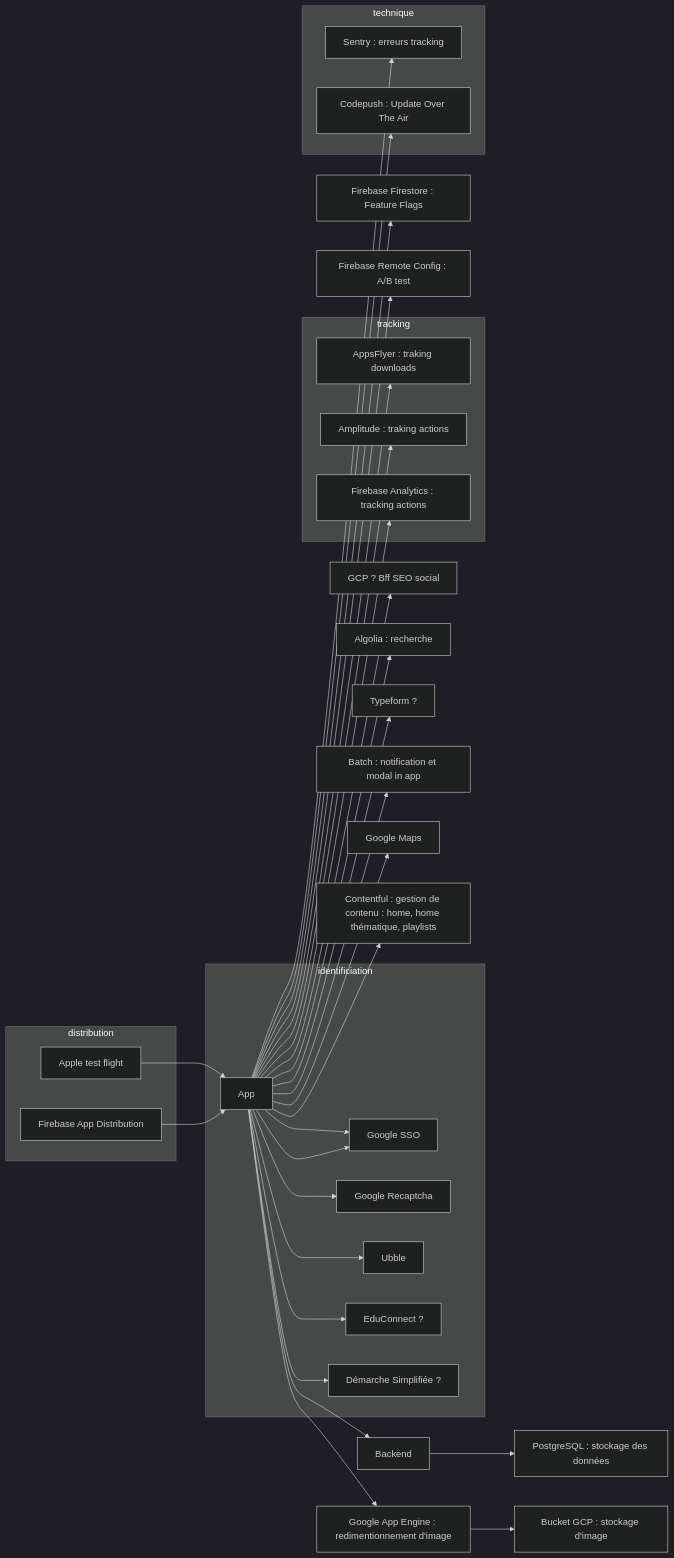
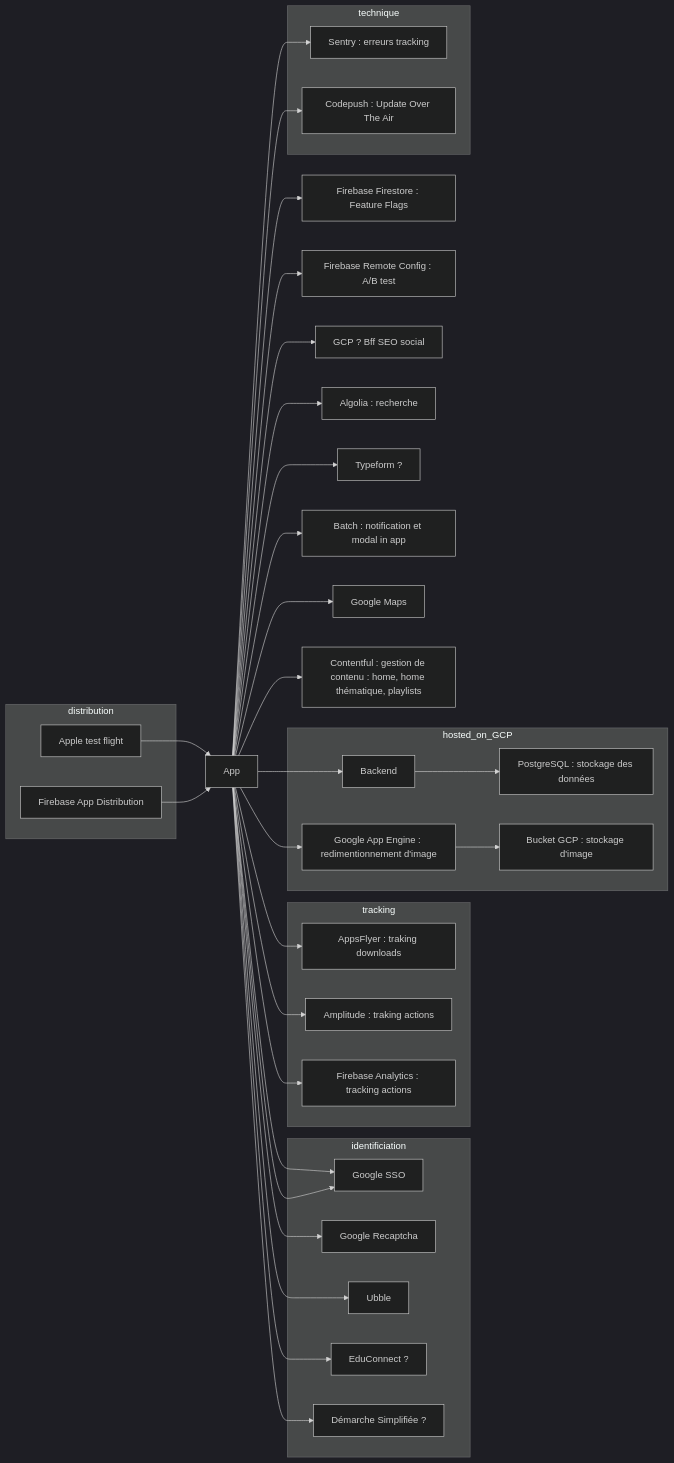
One commit to pass-culture/pass-culture-app-native changed the first of 2 diagrams in doc/architecture/input-output-externe.md. Above: the diagram before and after it, drawn with Mermaid (dark theme). The commit also changed other lines of this file, not shown here.

````diff
--- a/doc/architecture/input-output-externe.md
+++ b/doc/architecture/input-output-externe.md
@@ -5,35 +5,60 @@
 ```mermaid
 flowchart LR
   App["App"]
-  App --> Firebase_Firestore["Firebase Firestore : Feature Flags"]
-  App --> Firebase_Remote_Config["Firebase Remote Config : A/B test"]
-  App --> Backend["Backend"] --> Postgresql["PostgreSQL : stockage des données"]
-  App --> Google["Google Analytics : firebase traking"]
-  App --> image_resize["Google App Engine : redimentionnement d'image"] --> bucket_image["Bucket GCP : stockage d'image"]
-  App --> GCP["GCP ? Bff SEO social"]
-  App --> Algolia["Algolia : recherche"]
-  App --> Typeform["Typeform ?"]
-  App --> Batch["Batch : notification et modal in app"]
-  App --> Google_Maps["Google Maps"]
-  App --> Contentful["Contentful : gestion de contenu : home, home thématique, playlists"]
+  Firebase_Firestore["Firebase Firestore : Feature Flags"]
+  Firebase_Remote_Config["Firebase Remote Config : A/B test"]
+  Google["Google Analytics : firebase traking"]
+  GCP["GCP ? Bff SEO social"]
+  Algolia["Algolia : recherche"]
+  Typeform["Typeform ?"]
+  Batch["Batch : notification et modal in app"]
+  Google_Maps["Google Maps"]
+  Contentful["Contentful : gestion de contenu : home, home thématique, playlists"]
   subgraph identificiation
-    App --> Google_Recaptcha["Google Recaptcha"]
-    App --> Ubble["Ubble"]
-    App --> Google["Google SSO"]
-    App --> Educonnect["EduConnect ?"]
-    App --> DMS["Démarche Simplifiée ?"]
+    Google_Recaptcha["Google Recaptcha"]
+    Ubble["Ubble"]
+    Google["Google SSO"]
+    Educonnect["EduConnect ?"]
+    DMS["Démarche Simplifiée ?"]
   end
   subgraph tracking
-    App --> AppsFlyer["AppsFlyer : traking downloads"]
-    App --> Amplitude["Amplitude : traking actions"]
-    App --> Firebase_Analytics["Firebase Analytics : tracking actions"]
+    AppsFlyer["AppsFlyer : traking downloads"]
+    Amplitude["Amplitude : traking actions"]
+    Firebase_Analytics["Firebase Analytics : tracking actions"]
+  end
+  subgraph hosted_on_GCP
+    Backend["Backend"] --> Postgresql["PostgreSQL : stockage des données"]
+    image_resize["Google App Engine : redimentionnement d'image"] --> bucket_image["Bucket GCP : stockage d'image"]
   end
   subgraph technique
-    App --> Sentry["Sentry : erreurs tracking"]
-    App --> Codepush["Codepush : Update Over The Air"]
+    Sentry["Sentry : erreurs tracking"]
+    Codepush["Codepush : Update Over The Air"]
   end
   subgraph distribution
-    Apple["Apple test flight"] --> App
-    Firebase_App_Distribution["Firebase App Distribution"] --> App
+    Apple["Apple test flight"]
+    Firebase_App_Distribution["Firebase App Distribution"]
   end
+  Apple --> App
+  Firebase_App_Distribution --> App
+  App --> Firebase_Firestore
+  App --> Firebase_Remote_Config
+  App --> Backend
+  App --> Google
+  App --> image_resize
+  App --> GCP
+  App --> Algolia
+  App --> Typeform
+  App --> Batch
+  App --> Google_Maps
+  App --> Contentful
+  App --> Google_Recaptcha
+  App --> Ubble
+  App --> Google
+  App --> Educonnect
+  App --> DMS
+  App --> AppsFlyer
+  App --> Amplitude
+  App --> Firebase_Analytics
+  App --> Sentry
+  App --> Codepush
 ```
````
